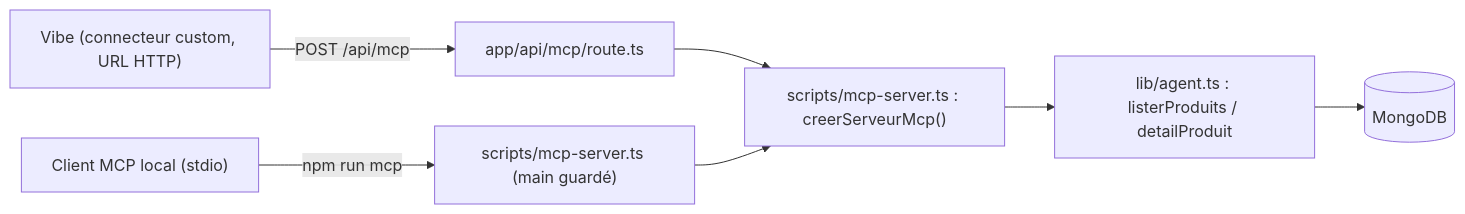
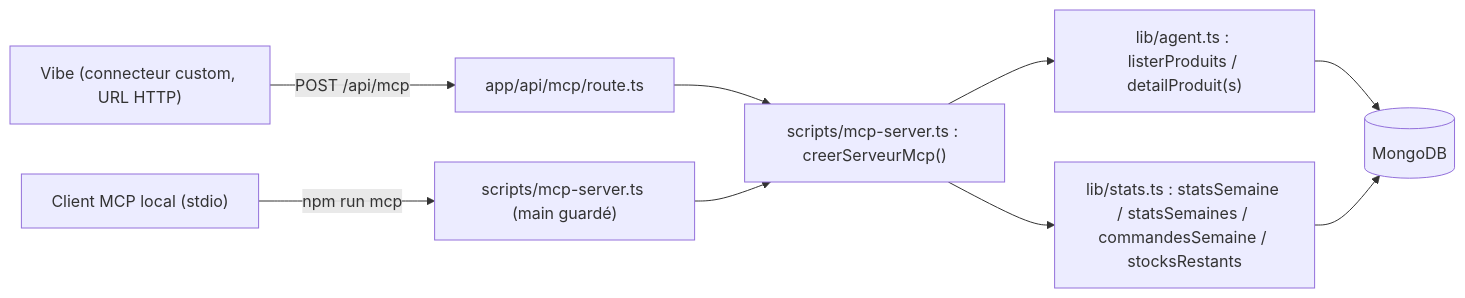
One commit to Fraioli-Enzo/hackathon changed the diagram in memoire/MCP.md. Above: the diagram before and after it, drawn with Mermaid. The commit also changed other lines of this file and 4 other files, not shown here.

First line of the commit message:
MCP : tools admin pour le serveur (batch, commandes, stats, benefices, stocks, top clients)

````diff
--- a/memoire/MCP.md
+++ b/memoire/MCP.md
@@ -7,9 +7,11 @@
 ```mermaid
 flowchart LR
   vibe["Vibe (connecteur custom, URL HTTP)"] -->|"POST /api/mcp"| route["app/api/mcp/route.ts"]
   route --> factory["scripts/mcp-server.ts : creerServeurMcp()"]
-  factory --> agent["lib/agent.ts : listerProduits / detailProduit"]
+  factory --> agent["lib/agent.ts : listerProduits / detailProduit(s)"]
+  factory --> stats["lib/stats.ts : statsSemaine / statsSemaines / commandesSemaine / stocksRestants"]
   agent --> mongo[("MongoDB")]
+  stats --> mongo
   stdio["Client MCP local (stdio)"] -->|"npm run mcp"| script["scripts/mcp-server.ts (main guardé)"]
   script --> factory
 ```
````
